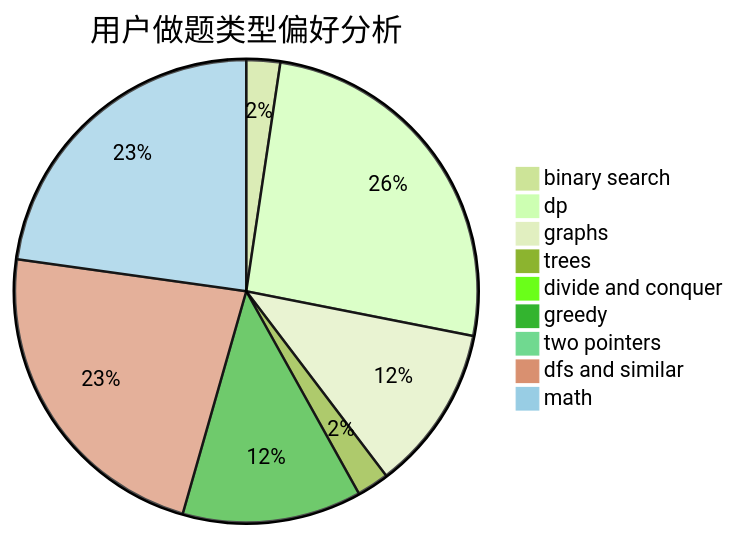
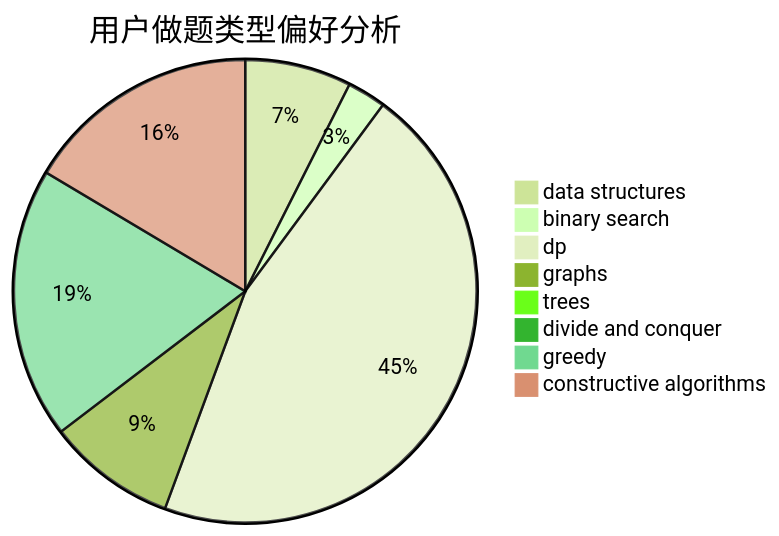
One commit to sherpahu/cfrs.github.io changed the second of 3 diagrams in docs/user/u1718.md. Above: the diagram before and after it, drawn with Mermaid (forest theme). The commit also changed other lines of this file and 2775 other files, not shown here.

````diff
--- a/docs/user/u1718.md
+++ b/docs/user/u1718.md
@@ -23,12 +23,11 @@
 ```mermaid
 pie title 用户做题类型偏好分析
-    "binary search" :  20
-    "dp" :  218
-    "graphs" :  98
-    "trees" :  19
+    "data structures" :  33
+    "binary search" :  12
+    "dp" :  202
+    "graphs" :  40
+    "trees" :  1
     "divide and conquer" :  0
-    "greedy" :  106
-    "two pointers" :  3
-    "dfs and similar" :  193
-    "math" :  193
+    "greedy" :  84
+    "constructive algorithms" :  73
 ```
````
